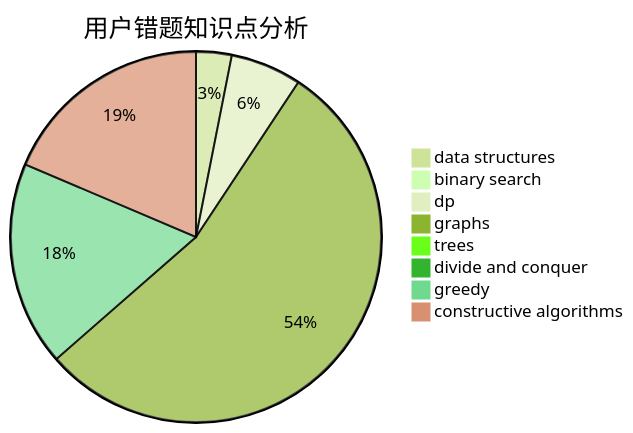
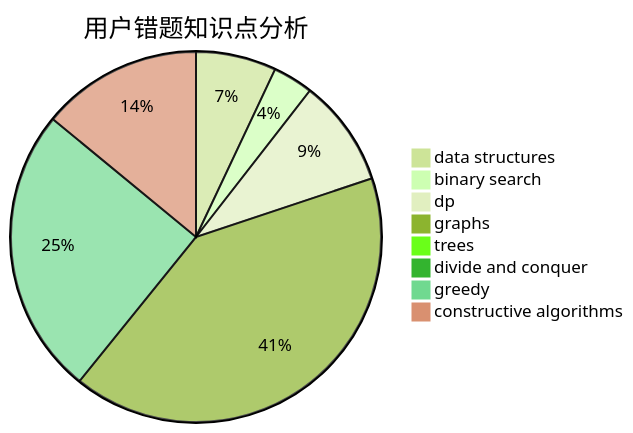
Before and after one commit to sherpahu/cfrs.github.io: the third of 3 diagrams in docs/user/u305.md, drawn with Mermaid (forest theme). The commit also changed other lines of this file and 2770 other files, not shown here.

````diff
--- a/docs/user/u305.md
+++ b/docs/user/u305.md
@@ -36,11 +36,11 @@
 ```mermaid
 pie title 用户错题知识点分析
-    "data structures" :  4
-    "binary search" :  0
-    "dp" :  8
+    "data structures" :  12
+    "binary search" :  6
+    "dp" :  16
     "graphs" :  70
     "trees" :  0
     "divide and conquer" :  0
-    "greedy" :  23
+    "greedy" :  43
     "constructive algorithms" :  24
 ```
````
